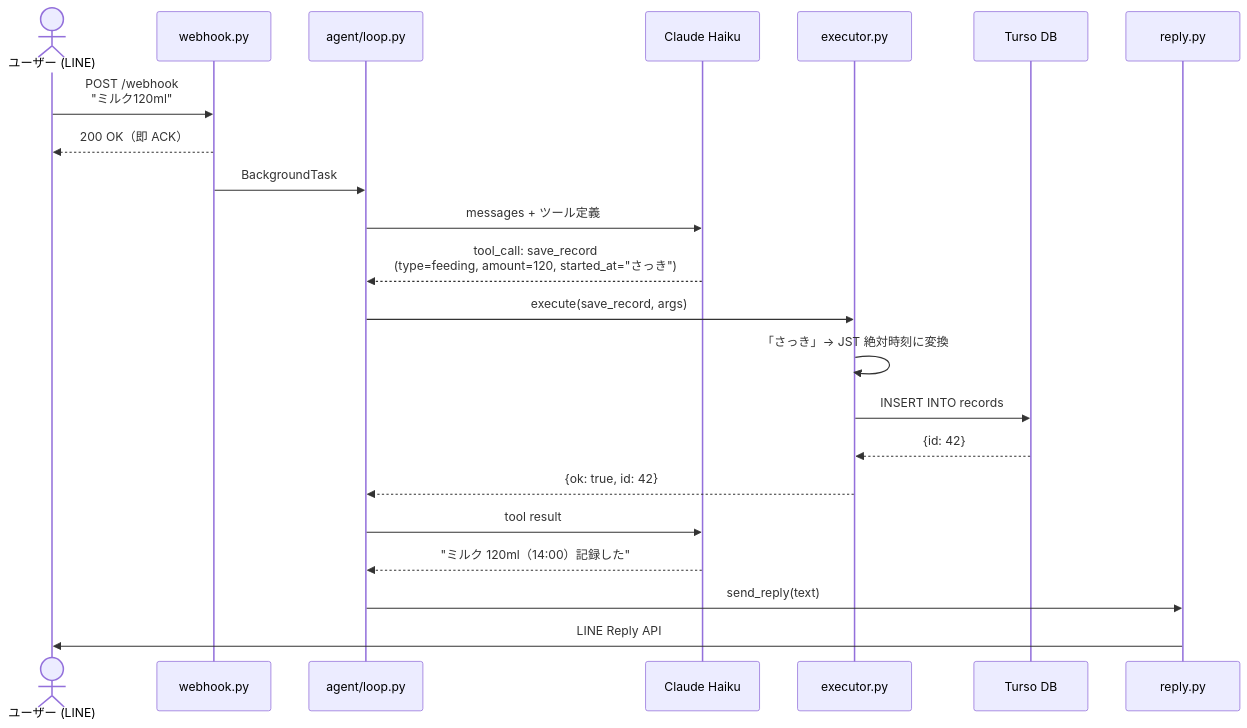
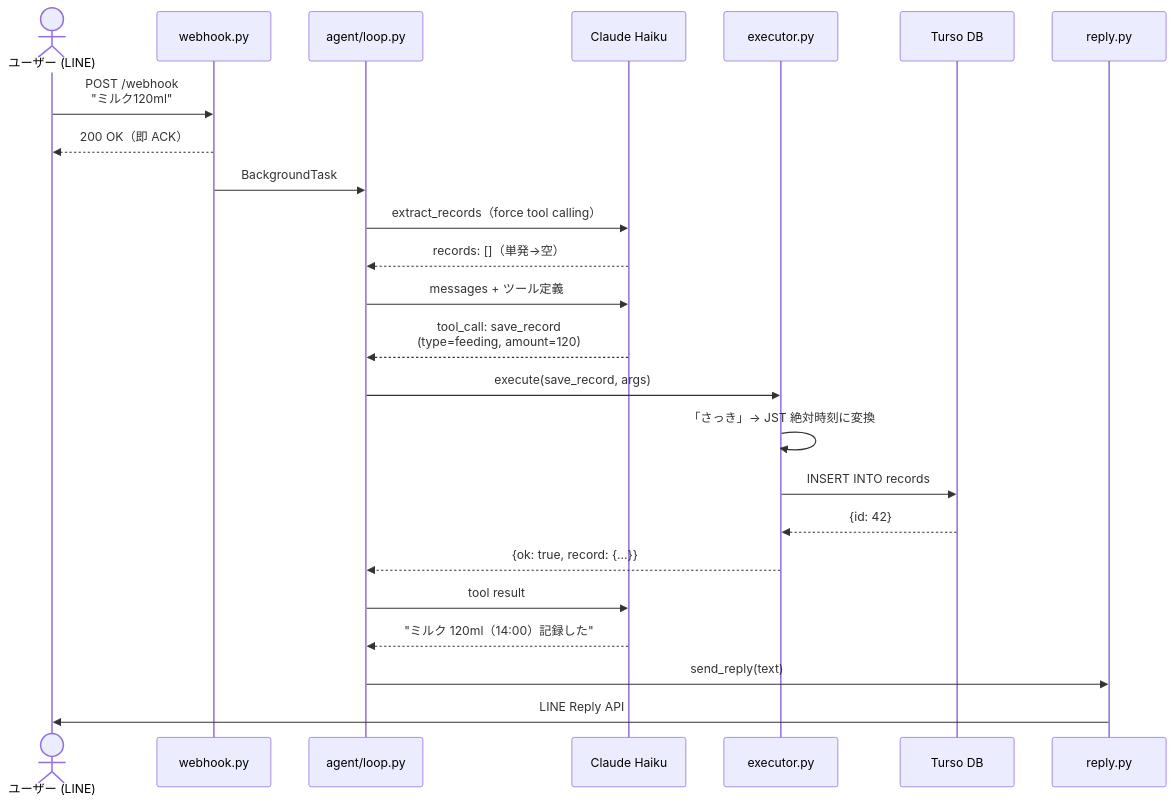
The second of 3 diagrams in README.md (Kaaaaazuya/koto-log), drawn with Mermaid before and after one commit. The commit also changed other lines of this file and 1 other file, not shown here.

````diff
--- a/README.md
+++ b/README.md
@@ -85,27 +107,28 @@
 ```mermaid
 sequenceDiagram
     actor User as ユーザー (LINE)
     participant W as webhook.py
     participant A as agent/loop.py
     participant L as Claude Haiku
     participant E as executor.py
     participant D as Turso DB
     participant R as reply.py
 
     User->>W: POST /webhook<br/>"ミルク120ml"
     W-->>User: 200 OK（即 ACK）
     W->>A: BackgroundTask
 
+    A->>L: extract_records（force tool calling）
+    L-->>A: records: []（単発→空）
     A->>L: messages + ツール定義
-    L-->>A: tool_call: save_record<br/>(type=feeding, amount=120, started_at="さっき")
+    L-->>A: tool_call: save_record<br/>(type=feeding, amount=120)
     A->>E: execute(save_record, args)
     E->>E: 「さっき」→ JST 絶対時刻に変換
     E->>D: INSERT INTO records
     D-->>E: {id: 42}
-    E-->>A: {ok: true, id: 42}
-
+    E-->>A: {ok: true, record: {...}}
     A->>L: tool result
     L-->>A: "ミルク 120ml（14:00）記録した"
     A->>R: send_reply(text)
     R->>User: LINE Reply API
 ```
````
